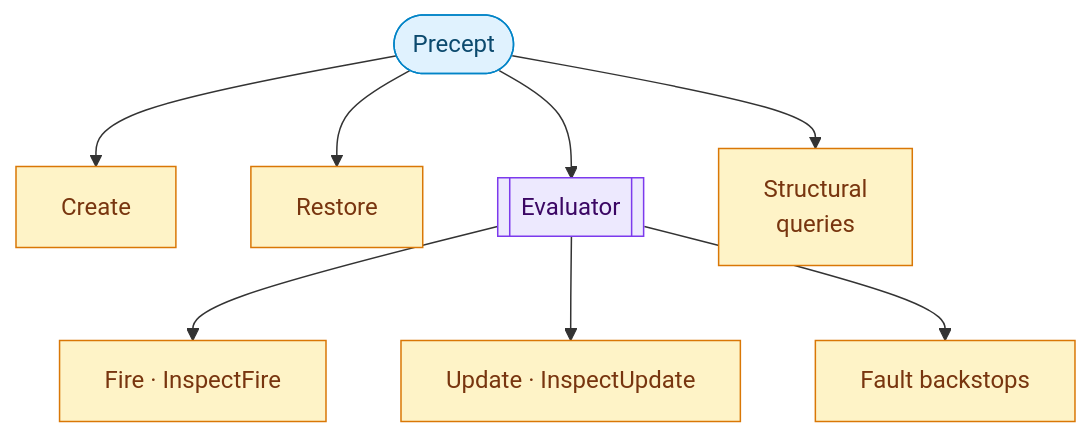
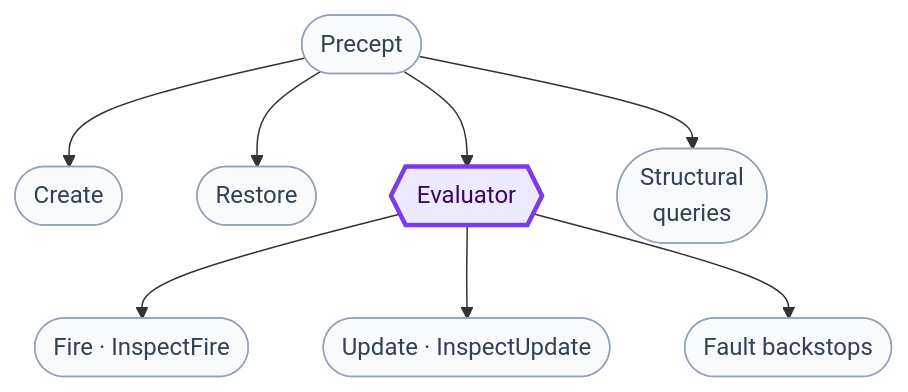
The ninth of 9 diagrams in docs/compiler-and-runtime-design.md (sfalik/Precept), drawn with Mermaid before and after one commit. The commit also changed other lines of this file, not shown here.

Commit message:
docs: fix diagram shape consistency and visual hierarchy in §4–§11

````diff
--- a/docs/compiler-and-runtime-design.md
+++ b/docs/compiler-and-runtime-design.md
@@ -601,26 +594,25 @@
 ```mermaid
 flowchart TD
-    P(["Precept"]):::input
+    classDef data fill:#f8fafc,stroke:#94a3b8,color:#334155
+    classDef stage fill:#ede9fe,stroke:#7c3aed,stroke-width:3px,color:#3b0764
 
-    CREATE["Create"]:::artifact
-    RESTORE["Restore"]:::artifact
-    EVAL[["Evaluator"]]:::stage
-    STRUCT["Structural\nqueries"]:::artifact
+    P(["Precept"]):::data
+
+    CREATE(["Create"]):::data
+    RESTORE(["Restore"]):::data
+    EVAL{{"Evaluator"}}:::stage
+    STRUCT(["Structural\nqueries"]):::data
 
     P --> CREATE
     P --> RESTORE
     P --> EVAL
     P --> STRUCT
 
-    FIRE["Fire · InspectFire"]:::artifact
-    UPD["Update · InspectUpdate"]:::artifact
-    FAULT["Fault backstops"]:::artifact
+    FIRE(["Fire · InspectFire"]):::data
+    UPD(["Update · InspectUpdate"]):::data
+    FAULT(["Fault backstops"]):::data
 
     EVAL --> FIRE
     EVAL --> UPD
     EVAL --> FAULT
-
-    classDef input fill:#e0f2fe,stroke:#0284c7,color:#0c4a6e
-    classDef stage fill:#ede9fe,stroke:#7c3aed,color:#3b0764
-    classDef artifact fill:#fef3c7,stroke:#d97706,color:#78350f
 ```
````
